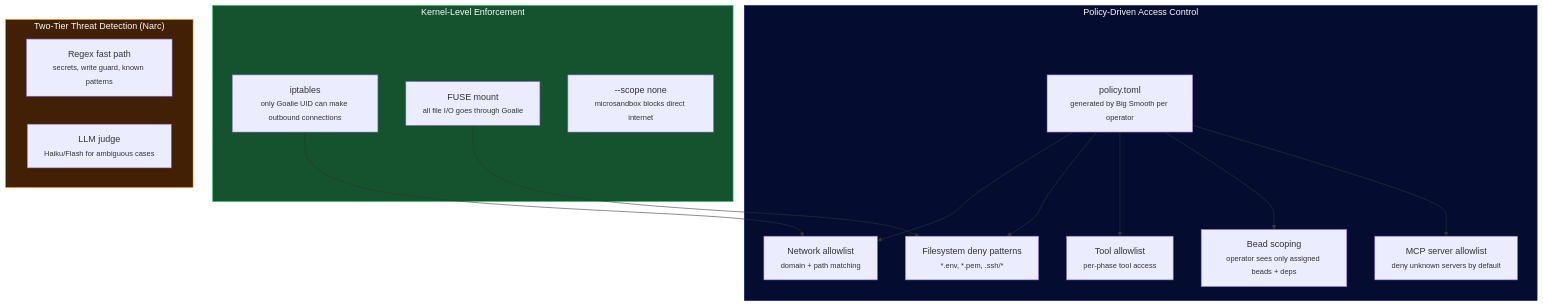
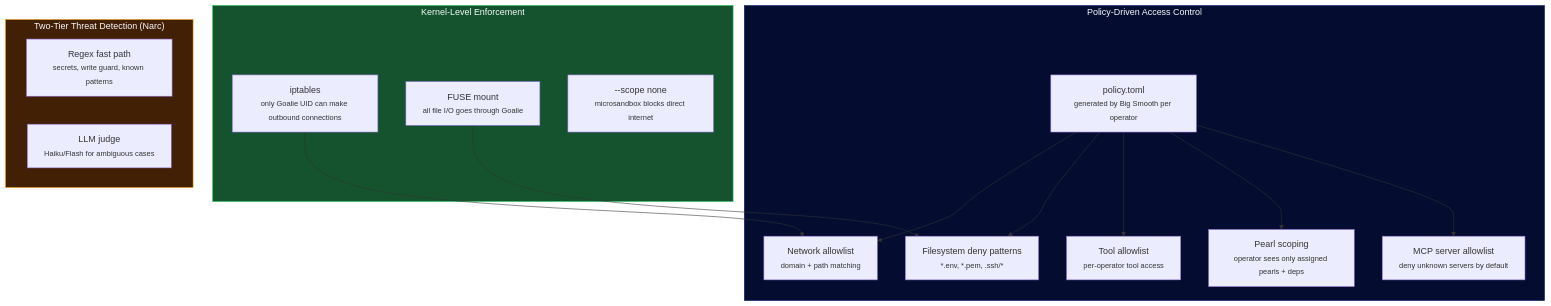
The fourth of 5 diagrams in README.md (SmooAI/smooth), drawn with Mermaid before and after one commit. The commit also changed other lines of this file, not shown here.

````diff
--- a/README.md
+++ b/README.md
@@ -225,30 +258,30 @@
 ```mermaid
 graph TD
     subgraph Enforcement["Kernel-Level Enforcement"]
         IPT["iptables<br/><small>only Goalie UID can make outbound connections</small>"]
         FUSE["FUSE mount<br/><small>all file I/O goes through Goalie</small>"]
         SCOPE["--scope none<br/><small>microsandbox blocks direct internet</small>"]
     end
 
     subgraph Policy["Policy-Driven Access Control"]
         TOML["policy.toml<br/><small>generated by Big Smooth per operator</small>"]
         NET["Network allowlist<br/><small>domain + path matching</small>"]
         FS["Filesystem deny patterns<br/><small>*.env, *.pem, .ssh/*</small>"]
-        TOOL["Tool allowlist<br/><small>per-phase tool access</small>"]
-        BEAD["Bead scoping<br/><small>operator sees only assigned beads + deps</small>"]
+        TOOL["Tool allowlist<br/><small>per-operator tool access</small>"]
+        BEAD["Pearl scoping<br/><small>operator sees only assigned pearls + deps</small>"]
         MCP["MCP server allowlist<br/><small>deny unknown servers by default</small>"]
     end
 
     subgraph Detection["Two-Tier Threat Detection (Narc)"]
         REGEX["Regex fast path<br/><small>secrets, write guard, known patterns</small>"]
         LLM["LLM judge<br/><small>Haiku/Flash for ambiguous cases</small>"]
     end
 
     TOML --> NET & FS & TOOL & BEAD & MCP
     IPT --> NET
     FUSE --> FS
 
     style Enforcement fill:#14532d,stroke:#22c55e,color:#f8fafc
     style Policy fill:#040d30,stroke:#0a1f7a,color:#f8fafc
     style Detection fill:#422006,stroke:#f49f0a,color:#f8fafc
 ```
````
